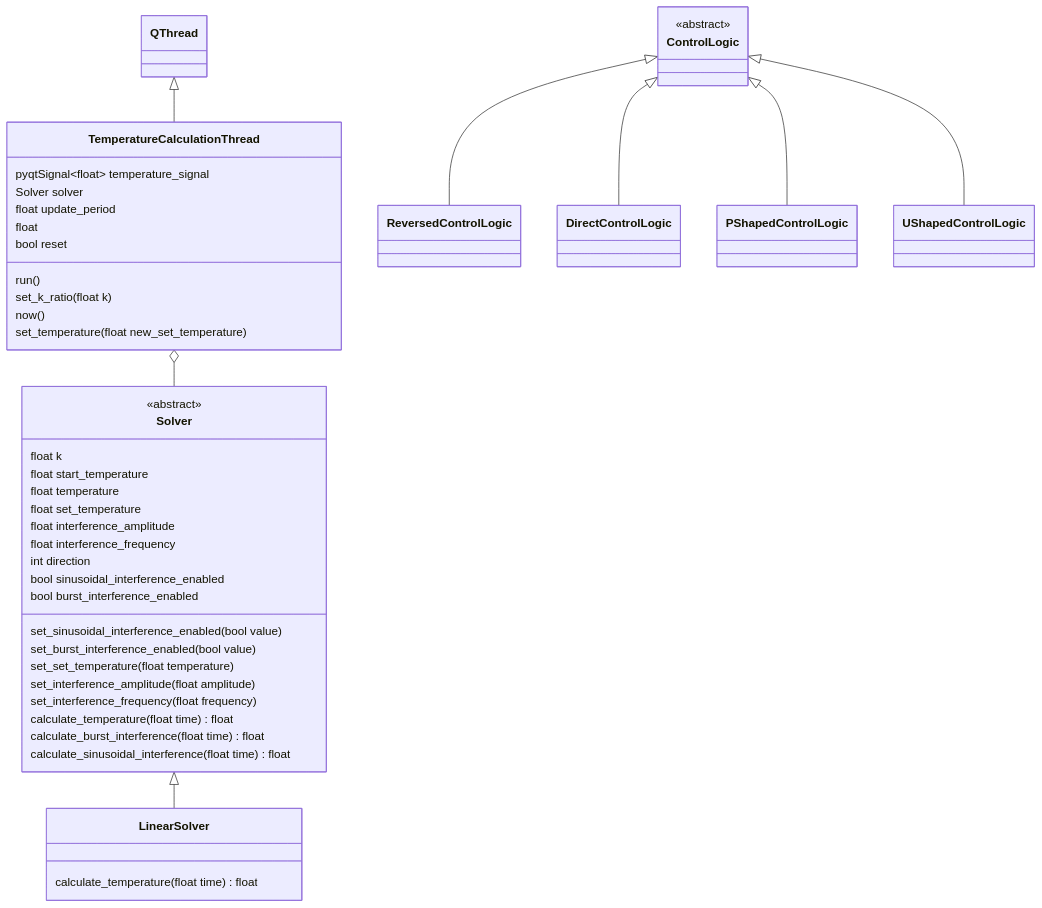
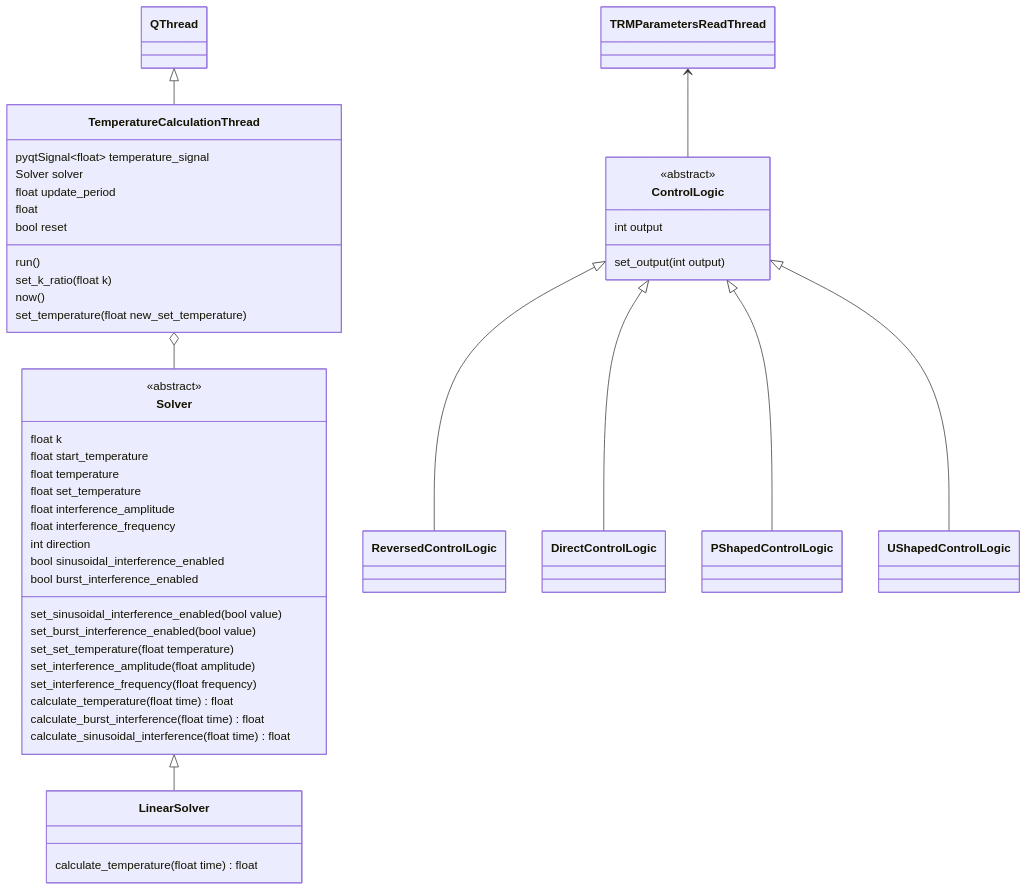
One commit to Marik28/dissertation changed the fourth of 6 diagrams in data/diagrams/диаграмма классов.md. Above: the diagram before and after it, drawn with Mermaid. The commit also changed other lines of this file and 6 other files, not shown here.

Commit message:
update diagrams

````diff
--- a/data/diagrams/диаграмма классов.md
+++ b/data/diagrams/диаграмма классов.md
@@ -251,51 +282,54 @@
 ```mermaid
 classDiagram
     
     class Solver {
         <<abstract>>
         float k
         float start_temperature
         float temperature
         float set_temperature
         float interference_amplitude
         float interference_frequency
         int direction
         bool sinusoidal_interference_enabled
         bool burst_interference_enabled
         set_sinusoidal_interference_enabled(bool value)
         set_burst_interference_enabled(bool value)
         set_set_temperature(float temperature)
         set_interference_amplitude(float amplitude)
         set_interference_frequency(float frequency)
         calculate_temperature(float time) float
         calculate_burst_interference(float time) float
         calculate_sinusoidal_interference(float time) float
     }
     
     class LinearSolver {
         calculate_temperature(float time) float
     }
     class ControlLogic {
         <<abstract>>
+        int output
+        set_output(int output)
     }
     class TemperatureCalculationThread {
         pyqtSignal~float~ temperature_signal
         Solver solver
         float update_period
         float
         bool reset
         run()
         set_k_ratio(float k)
         now()
         set_temperature(float new_set_temperature)
     }
     
     
     QThread <|-- TemperatureCalculationThread
     TemperatureCalculationThread o-- Solver
     Solver <|-- LinearSolver
     ControlLogic <|-- ReversedControlLogic
     ControlLogic <|-- DirectControlLogic
     ControlLogic <|-- PShapedControlLogic
     ControlLogic <|-- UShapedControlLogic
+    TRMParametersReadThread <-- ControlLogic
 ```
````
